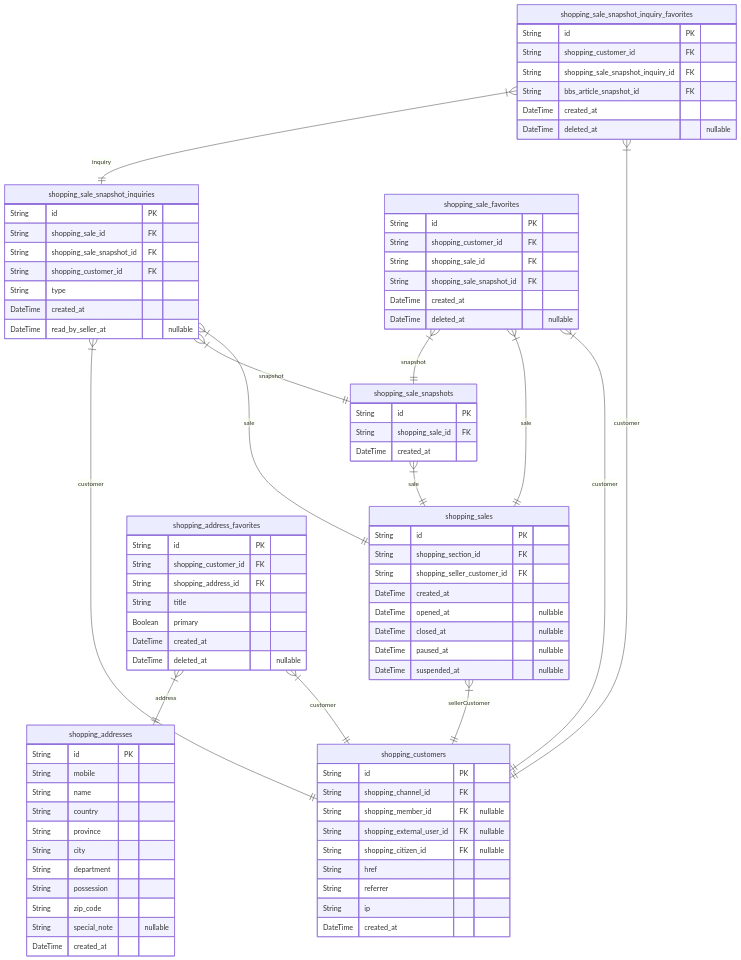
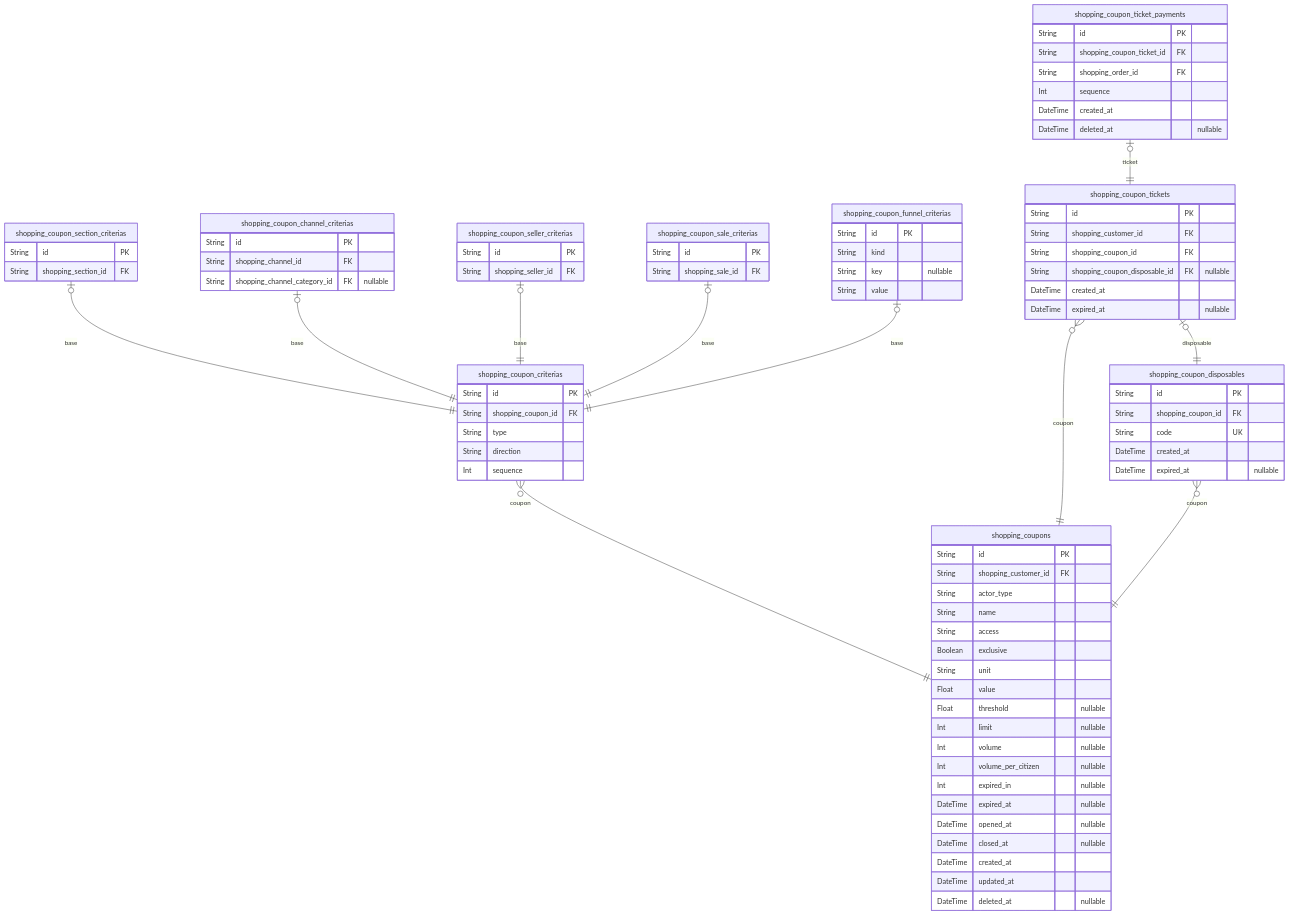
One commit to samchon/shopping-backend changed the seventh of 10 diagrams in docs/ERD.md. Above: the diagram before and after it, drawn with Mermaid. The commit also changed other lines of this file and 75 other files, not shown here.

````diff
--- a/docs/ERD.md
+++ b/docs/ERD.md
@@ -1650,88 +1701,87 @@
 ```mermaid
 erDiagram
-"shopping_customers" {
+"shopping_coupons" {
+    String id PK
+    String shopping_customer_id FK
+    String actor_type
+    String name
+    String access
+    Boolean exclusive
+    String unit
+    Float value
+    Float threshold "nullable"
+    Int limit "nullable"
+    Int volume "nullable"
+    Int volume_per_citizen "nullable"
+    Int expired_in "nullable"
+    DateTime expired_at "nullable"
+    DateTime opened_at "nullable"
+    DateTime closed_at "nullable"
+    DateTime created_at
+    DateTime updated_at
+    DateTime deleted_at "nullable"
+}
+"shopping_coupon_criterias" {
+    String id PK
+    String shopping_coupon_id FK
+    String type
+    String direction
+    Int sequence
+}
+"shopping_coupon_section_criterias" {
+    String id PK
+    String shopping_section_id FK
+}
+"shopping_coupon_channel_criterias" {
     String id PK
     String shopping_channel_id FK
-    String shopping_member_id FK "nullable"
-    String shopping_external_user_id FK "nullable"
-    String shopping_citizen_id FK "nullable"
-    String href
-    String referrer
-    String ip
-    DateTime created_at
+    String shopping_channel_category_id FK "nullable"
 }
-"shopping_addresses" {
+"shopping_coupon_seller_criterias" {
     String id PK
-    String mobile
-    String name
-    String country
-    String province
-    String city
-    String department
-    String possession
-    String zip_code
-    String special_note "nullable"
-    DateTime created_at
+    String shopping_seller_id FK
 }
-"shopping_sales" {
-    String id PK
-    String shopping_section_id FK
-    String shopping_seller_customer_id FK
-    DateTime created_at
-    DateTime opened_at "nullable"
-    DateTime closed_at "nullable"
-    DateTime paused_at "nullable"
-    DateTime suspended_at "nullable"
-}
-"shopping_sale_snapshots" {
+"shopping_coupon_sale_criterias" {
     String id PK
     String shopping_sale_id FK
-    DateTime created_at
 }
-"shopping_sale_snapshot_inquiries" {
+"shopping_coupon_funnel_criterias" {
     String id PK
-    String shopping_sale_id FK
-    String shopping_sale_snapshot_id FK
-    String shopping_customer_id FK
-    String type
-    DateTime created_at
-    DateTime read_by_seller_at "nullable"
+    String kind
+    String key "nullable"
+    String value
 }
-"shopping_sale_favorites" {
+"shopping_coupon_tickets" {
     String id PK
     String shopping_customer_id FK
-    String shopping_sale_id FK
-    String shopping_sale_snapshot_id FK
+    String shopping_coupon_id FK
+    String shopping_coupon_disposable_id FK "nullable"
+    DateTime created_at
+    DateTime expired_at "nullable"
+}
+"shopping_coupon_ticket_payments" {
+    String id PK
+    String shopping_coupon_ticket_id FK
+    String shopping_order_id FK
+    Int sequence
     DateTime created_at
     DateTime deleted_at "nullable"
 }
-"shopping_sale_snapshot_inquiry_favorites" {
+"shopping_coupon_disposables" {
     String id PK
-    String shopping_customer_id FK
-    String shopping_sale_snapshot_inquiry_id FK
-    String bbs_article_snapshot_id FK
+    String shopping_coupon_id FK
+    String code UK
     DateTime created_at
-    DateTime deleted_at "nullable"
+    DateTime expired_at "nullable"
 }
-"shopping_address_favorites" {
-    String id PK
-    String shopping_customer_id FK
-    String shopping_address_id FK
-    String title
-    Boolean primary
-    DateTime created_at
-    DateTime deleted_at "nullable"
-}
-"shopping_sales" }|--|| "shopping_customers" : sellerCustomer
-"shopping_sale_snapshots" }|--|| "shopping_sales" : sale
-"shopping_sale_snapshot_inquiries" }|--|| "shopping_sales" : sale
-"shopping_sale_snapshot_inquiries" }|--|| "shopping_sale_snapshots" : snapshot
-"shopping_sale_snapshot_inquiries" }|--|| "shopping_customers" : customer
-"shopping_sale_favorites" }|--|| "shopping_customers" : customer
-"shopping_sale_favorites" }|--|| "shopping_sales" : sale
-"shopping_sale_favorites" }|--|| "shopping_sale_snapshots" : snapshot
-"shopping_sale_snapshot_inquiry_favorites" }|--|| "shopping_customers" : customer
-"shopping_sale_snapshot_inquiry_favorites" }|--|| "shopping_sale_snapshot_inquiries" : inquiry
-"shopping_address_favorites" }|--|| "shopping_customers" : customer
-"shopping_address_favorites" }|--|| "shopping_addresses" : address
+"shopping_coupon_criterias" }o--|| "shopping_coupons" : coupon
+"shopping_coupon_section_criterias" |o--|| "shopping_coupon_criterias" : base
+"shopping_coupon_channel_criterias" |o--|| "shopping_coupon_criterias" : base
+"shopping_coupon_seller_criterias" |o--|| "shopping_coupon_criterias" : base
+"shopping_coupon_sale_criterias" |o--|| "shopping_coupon_criterias" : base
+"shopping_coupon_funnel_criterias" |o--|| "shopping_coupon_criterias" : base
+"shopping_coupon_tickets" }o--|| "shopping_coupons" : coupon
+"shopping_coupon_tickets" |o--|| "shopping_coupon_disposables" : disposable
+"shopping_coupon_ticket_payments" |o--|| "shopping_coupon_tickets" : ticket
+"shopping_coupon_disposables" }o--|| "shopping_coupons" : coupon
 ```
````
